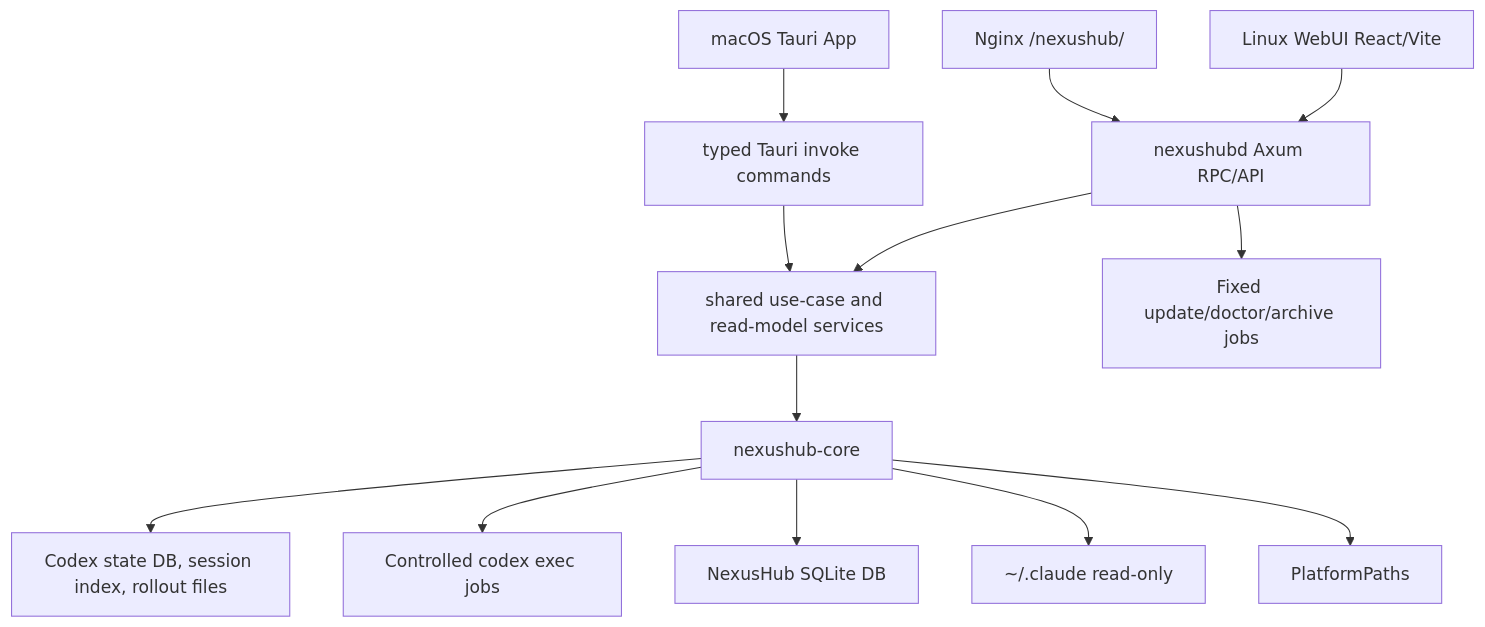
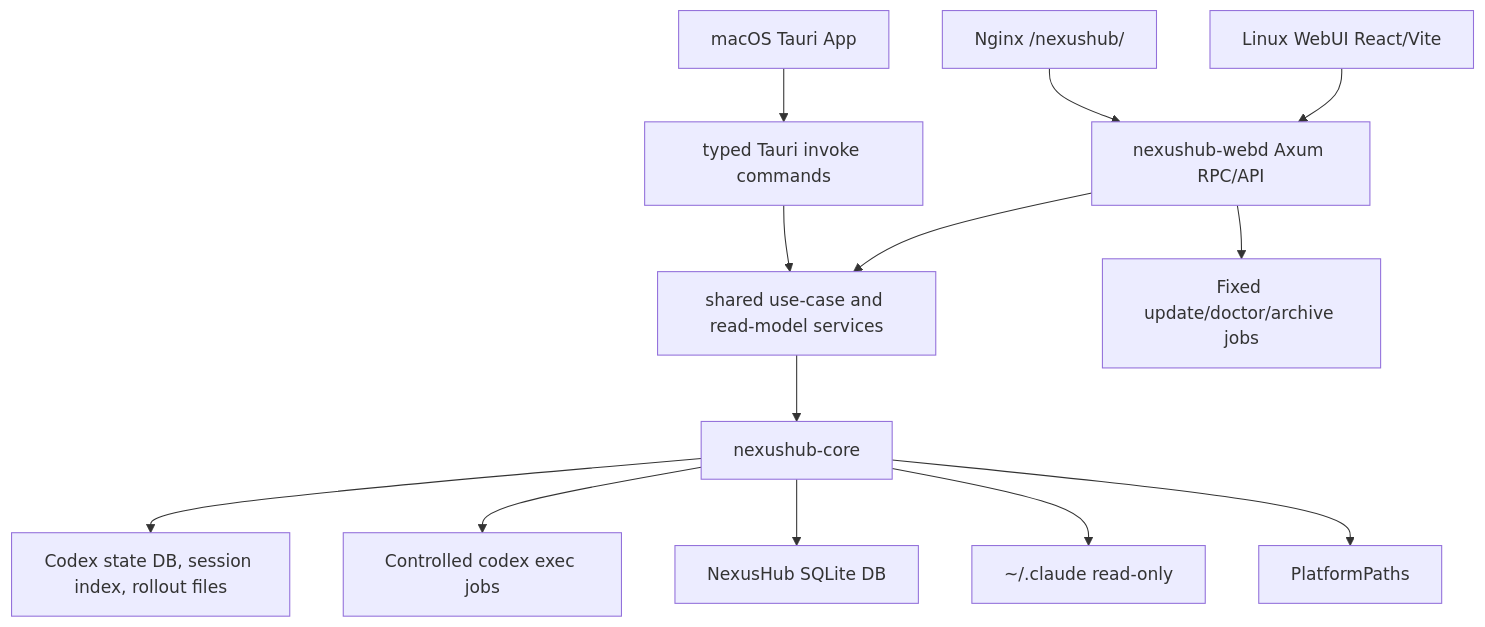
The diagram in docs/analysis/project-overview.md (lich13/nexushub), drawn with Mermaid before and after one commit. The commit also changed other lines of this file and 91 other files, not shown here.

````diff
--- a/docs/analysis/project-overview.md
+++ b/docs/analysis/project-overview.md
@@ -9,15 +9,15 @@
 ```mermaid
 flowchart TD
-    LinuxBrowser[Linux WebUI React/Vite] --> API[nexushubd Axum RPC/API]
+    LinuxBrowser[Linux WebUI React/Vite] --> API[nexushub-webd Axum RPC/API]
     MacTauri[macOS Tauri App] --> TauriCommands[typed Tauri invoke commands]
     API --> UseCases[shared use-case and read-model services]
     TauriCommands --> UseCases
     UseCases --> Core[nexushub-core]
     Core --> CodexState[Codex state DB, session index, rollout files]
     Core --> Jobs[Controlled codex exec jobs]
     Core --> PanelDb[NexusHub SQLite DB]
     Core --> ClaudeHome[~/.claude read-only]
     Core --> Platform[PlatformPaths]
     API --> FixedJobs[Fixed update/doctor/archive jobs]
     Nginx[Nginx /nexushub/] --> API
 ```
````
